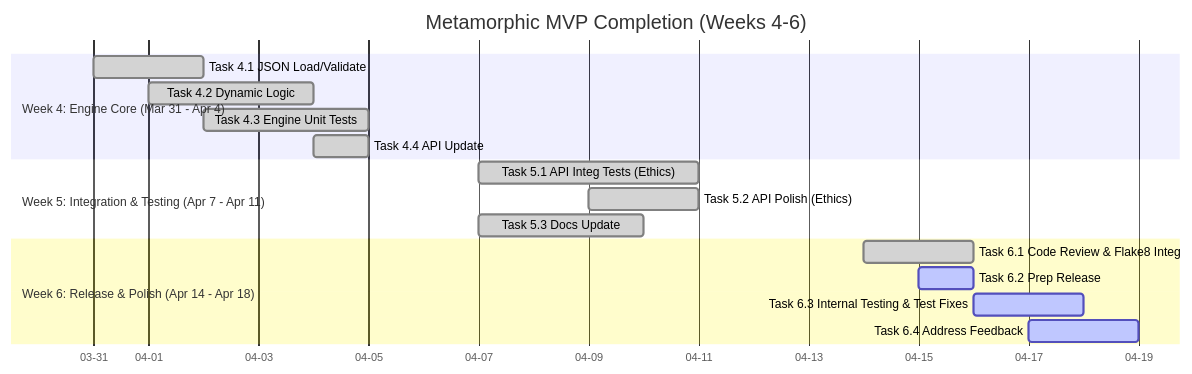
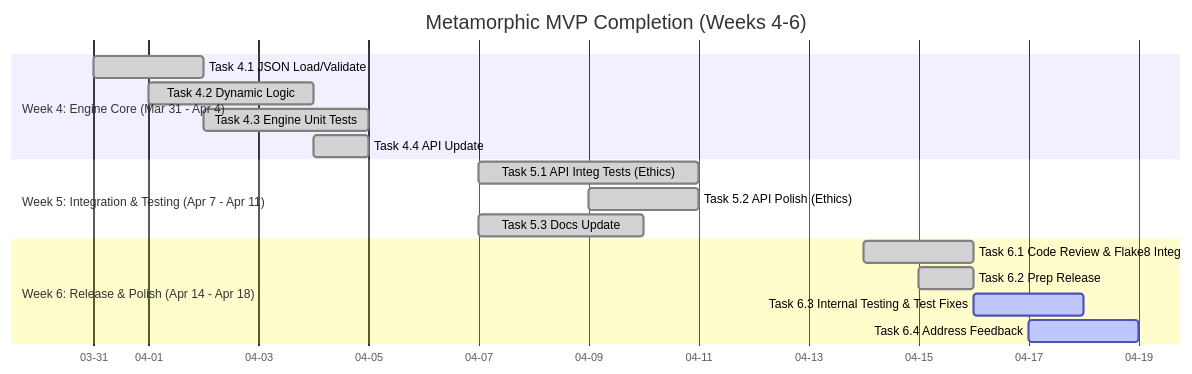
The diagram in ROADMAP.md (tomwolfe/metamorphic-core), drawn with Mermaid before and after one commit. The commit also changed other lines of this file, not shown here.

````diff
--- a/ROADMAP.md
+++ b/ROADMAP.md
@@ -58,24 +58,24 @@
 ```mermaid
 gantt
     title Metamorphic MVP Completion (Weeks 4-6)
     dateFormat  YYYY-MM-DD
     axisFormat %m-%d
     todayMarker stroke-width:3px,stroke:#FF0000
 
     section Week 4: Engine Core (Mar 31 - Apr 4)
     Task 4.1 JSON Load/Validate :done, 2025-03-31, 2d
     Task 4.2 Dynamic Logic      :done, 2025-04-01, 3d
     Task 4.3 Engine Unit Tests  :done, 2025-04-02, 3d
     Task 4.4 API Update         :done, 2025-04-04, 1d
 
     section Week 5: Integration & Testing (Apr 7 - Apr 11)
     Task 5.1 API Integ Tests (Ethics) :done, 2025-04-07, 4d
     Task 5.2 API Polish (Ethics)      :done, 2025-04-09, 2d
     Task 5.3 Docs Update              :done, 2025-04-07, 3d
 
     section Week 6: Release & Polish (Apr 14 - Apr 18)
     Task 6.1 Code Review & Flake8 Integ :done, 2025-04-14, 2d
-    Task 6.2 Prep Release               :active, 2025-04-15, 1d
+    Task 6.2 Prep Release               :done, 2025-04-15, 1d
     Task 6.3 Internal Testing & Test Fixes:active, 2025-04-16, 2d
     Task 6.4 Address Feedback           :active, 2025-04-17, 2d
 ```
````
